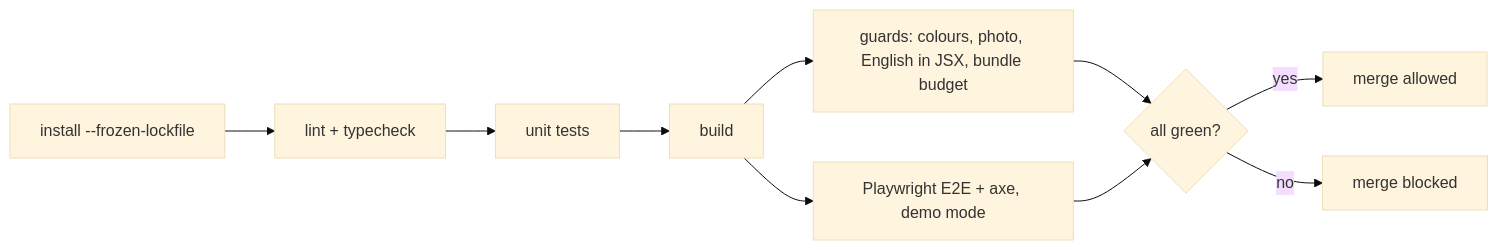
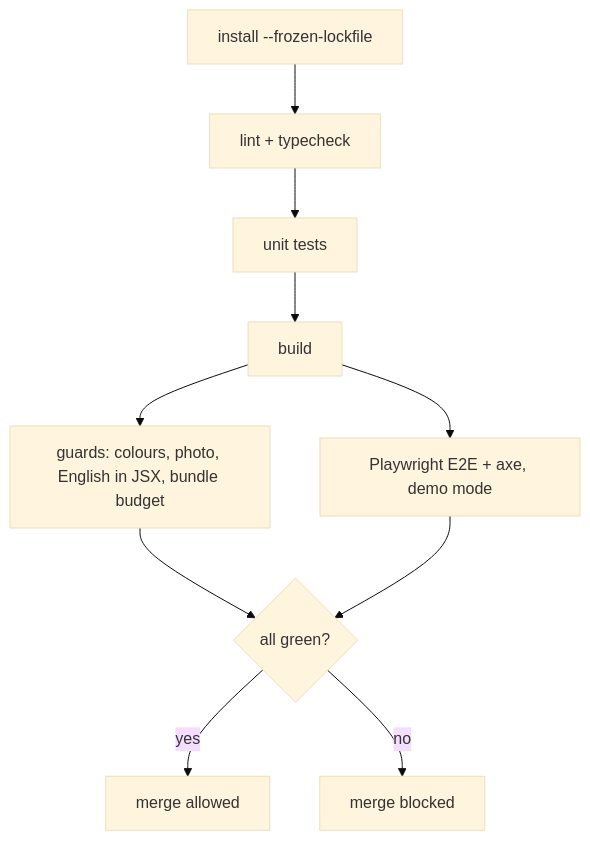
Before and after one commit to J-Akiru5/rice-connect: the diagram in docs/plan/05-engineering-standards.md, drawn with Mermaid (base theme). The commit also changed 2 other files, not shown here.

Commit message:
docs(plan): top-down diagrams (readable at page width); fix state-matrix anchor links
Claude-Session: https://claude.ai/code/session_019ZzXfmVpzf3sDFmXSU5DYQ

````diff
--- a/docs/plan/05-engineering-standards.md
+++ b/docs/plan/05-engineering-standards.md
@@ -76,12 +76,12 @@
 ```mermaid
-flowchart LR
+flowchart TB
   A[install --frozen-lockfile] --> B[lint + typecheck]
   B --> C[unit tests]
   C --> D[build]
   D --> E[guards: colours, photo, English in JSX, bundle budget]
   D --> F[Playwright E2E + axe, demo mode]
   E --> G{all green?}
   F --> G
   G -- yes --> H[merge allowed]
   G -- no --> I[merge blocked]
 ```
````
